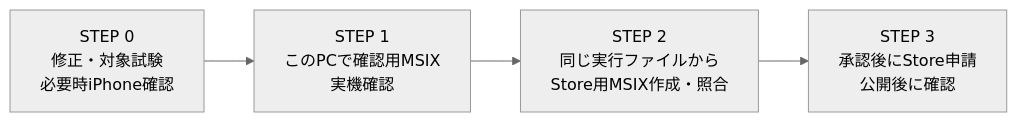
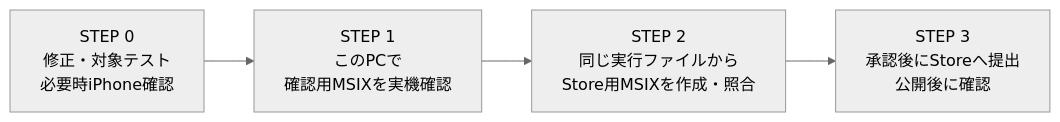
Before and after one commit to ore-no-fusen/ore-no-fusen: the first of 2 diagrams in docs/010_RELEASE.md, drawn with Mermaid (neutral theme). The commit also changed other lines of this file and 1 other file, not shown here.

Commit message:
リリース手順を図と表に簡潔化する

````diff
--- a/docs/010_RELEASE.md
+++ b/docs/010_RELEASE.md
@@ -5,4 +3,4 @@
 ```mermaid
 flowchart LR
-    A["STEP 0<br/>修正・対象試験<br/>必要時iPhone確認"] --> B["STEP 1<br/>このPCで確認用MSIX<br/>実機確認"] --> C["STEP 2<br/>同じ実行ファイルから<br/>Store用MSIX作成・照合"] --> D["STEP 3<br/>承認後にStore申請<br/>公開後に確認"]
+    A["STEP 0<br/>修正・対象テスト<br/>必要時iPhone確認"] --> B["STEP 1<br/>このPCで<br/>確認用MSIXを実機確認"] --> C["STEP 2<br/>同じ実行ファイルから<br/>Store用MSIXを作成・照合"] --> D["STEP 3<br/>承認後にStoreへ提出<br/>公開後に確認"]
 ```
````
